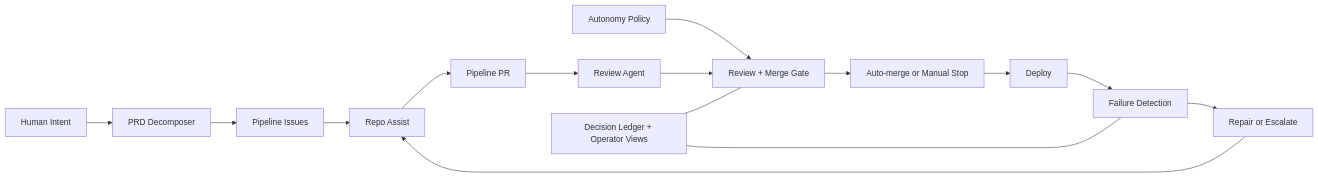
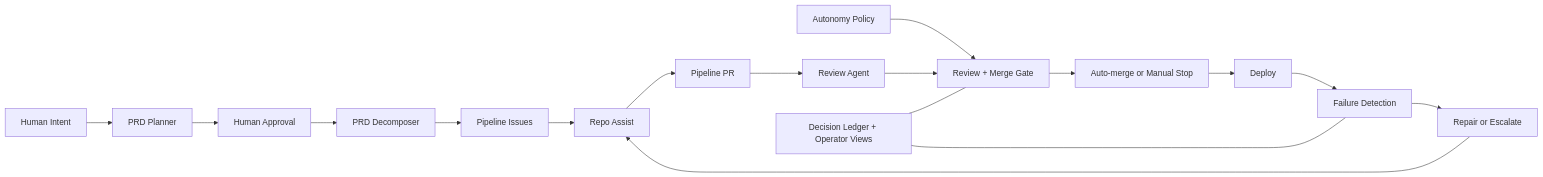
One commit to samuelkahessay/prd-to-prod-template changed the diagram in docs/ARCHITECTURE.md. Above: the diagram before and after it, drawn with Mermaid. The commit also changed other lines of this file and 6 other files, not shown here.

First line of the commit message:
feat: sync architecture planning pipeline from source repo

````diff
--- a/docs/ARCHITECTURE.md
+++ b/docs/ARCHITECTURE.md
@@ -16,17 +16,19 @@
 ```mermaid
 flowchart LR
-  H["Human Intent"] --> D["PRD Decomposer"]
+  H["Human Intent"] --> PL["PRD Planner"]
+  PL --> AP["Human Approval"]
+  AP --> D["PRD Decomposer"]
   P["Autonomy Policy"] --> G["Review + Merge Gate"]
   D --> I["Pipeline Issues"]
   I --> A["Repo Assist"]
   A --> PR["Pipeline PR"]
   PR --> R["Review Agent"]
   R --> G
   G --> M["Auto-merge or Manual Stop"]
   M --> S["Deploy"]
   S --> F["Failure Detection"]
   F --> X["Repair or Escalate"]
   X --> A
   O["Decision Ledger + Operator Views"] --- G
   O --- F
 ```
````
